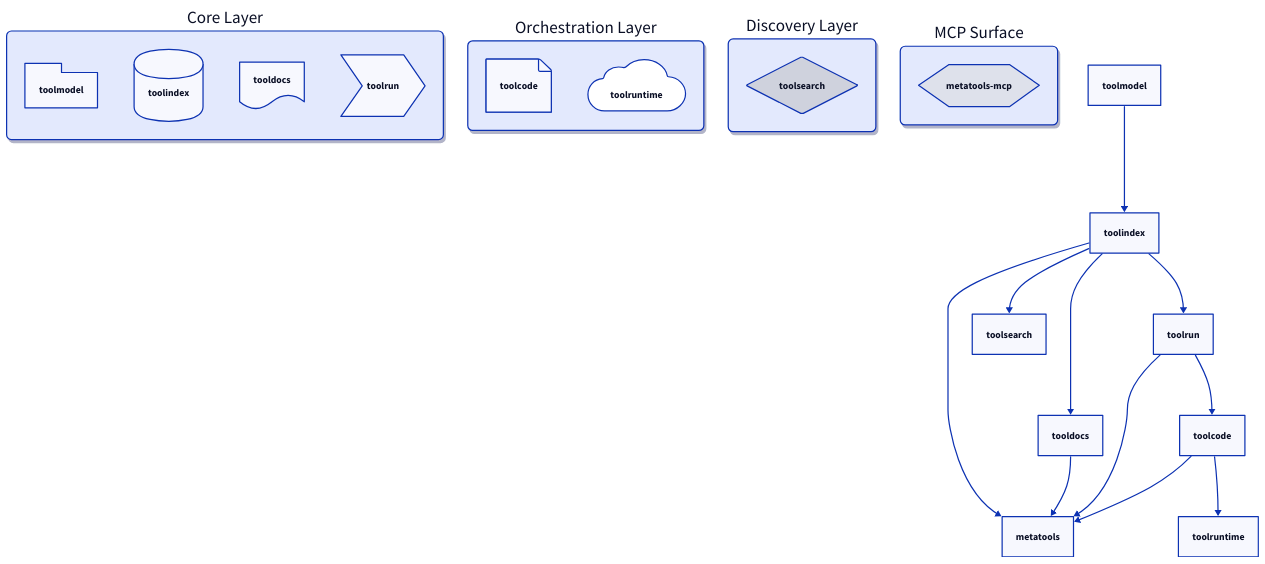
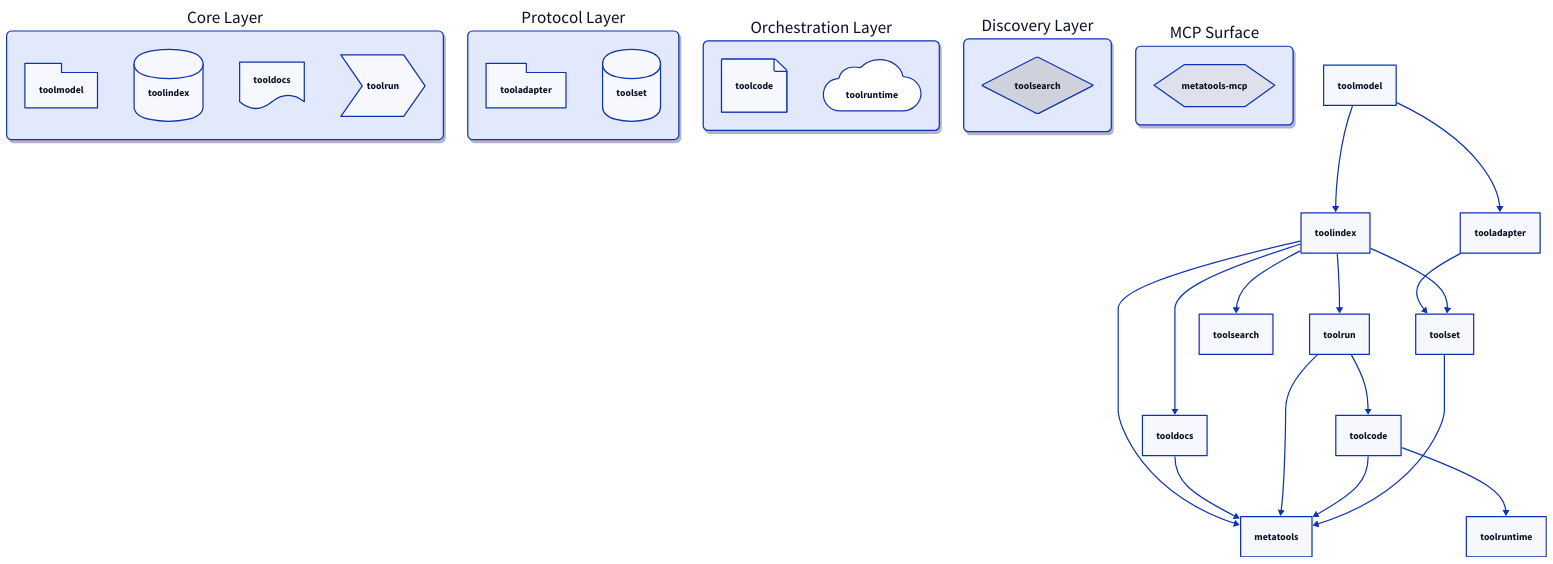
The diagram in docs/diagrams/stack-layering-model.d2 (jonwraymond/ai-tools-stack), drawn with D2 before and after one commit. The commit also changed 5 other files, not shown here.

Commit message:
docs: update stack diagrams for toolset

```diff
--- a/docs/diagrams/stack-layering-model.d2
+++ b/docs/diagrams/stack-layering-model.d2
@@ -1,54 +1,68 @@
 direction: down
 
 style: { font-size: 14 }
 
 layer_core: {
   label: "Core Layer"
   style: {
   border-radius: 8
   shadow: true
 }
   toolmodel: { shape: package }
   toolindex: { shape: cylinder }
   tooldocs: { shape: document }
   toolrun: { shape: step }
+}
+
+layer_protocol: {
+  label: "Protocol Layer"
+  style: {
+  border-radius: 8
+  shadow: true
+}
+  tooladapter: { shape: package }
+  toolset: { shape: cylinder }
 }
 
 layer_exec: {
   label: "Orchestration Layer"
   style: {
   border-radius: 8
   shadow: true
 }
   toolcode: { shape: page }
   toolruntime: { shape: cloud }
 }
 
 layer_discovery: {
   label: "Discovery Layer"
   style: {
   border-radius: 8
   shadow: true
 }
   toolsearch: { shape: diamond }
 }
 
 layer_surface: {
   label: "MCP Surface"
   style: {
   border-radius: 8
   shadow: true
 }
   metatools: "metatools-mcp" { shape: hexagon }
 }
 
 toolmodel -> toolindex
+toolmodel -> tooladapter
+tooladapter -> toolset
  toolindex -> tooldocs
  toolindex -> toolrun
+ toolindex -> toolset
  toolrun -> toolcode
  toolcode -> toolruntime
  toolindex -> toolsearch
  toolindex -> metatools
  tooldocs -> metatools
  toolrun -> metatools
  toolcode -> metatools
+ toolset -> metatools
```
